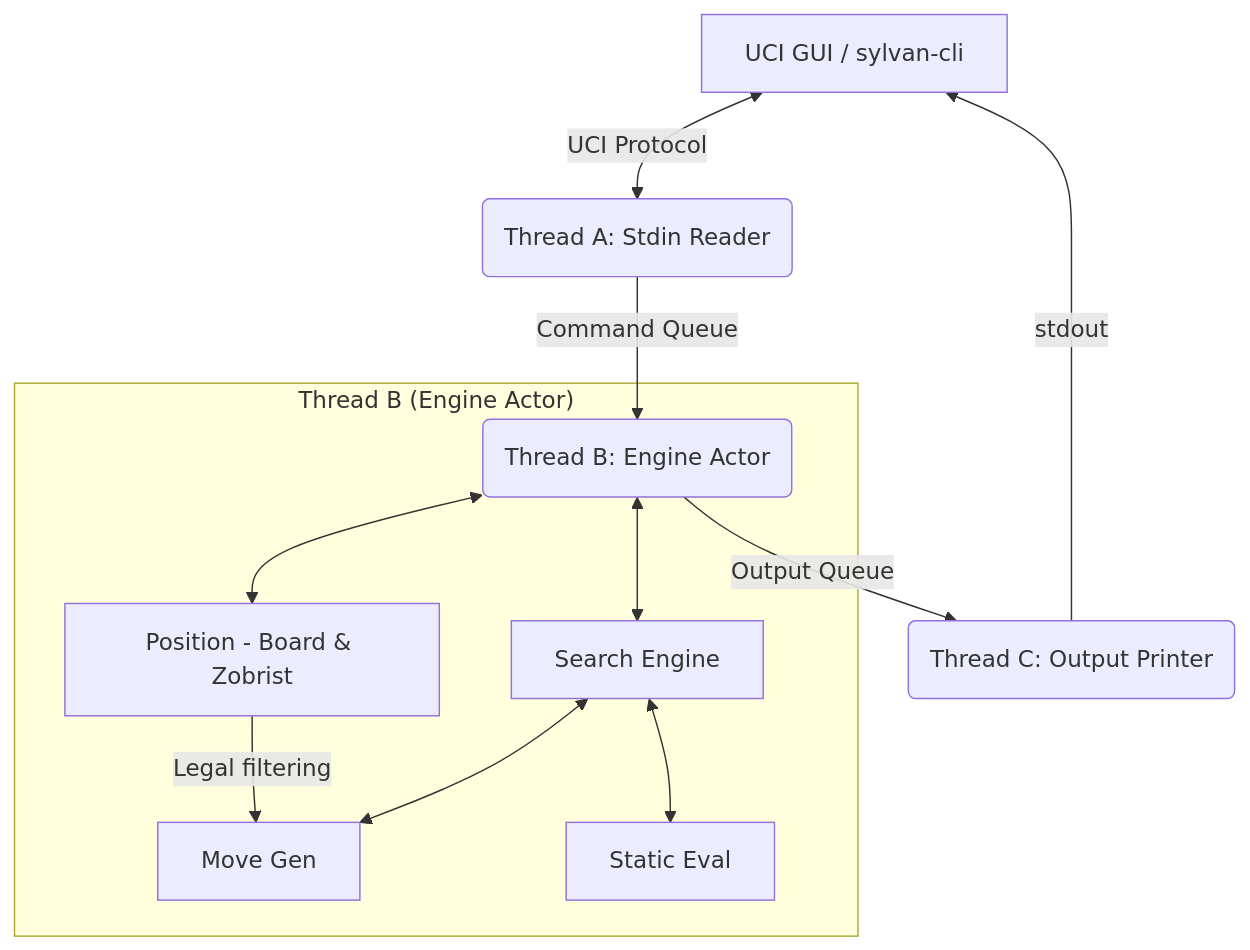
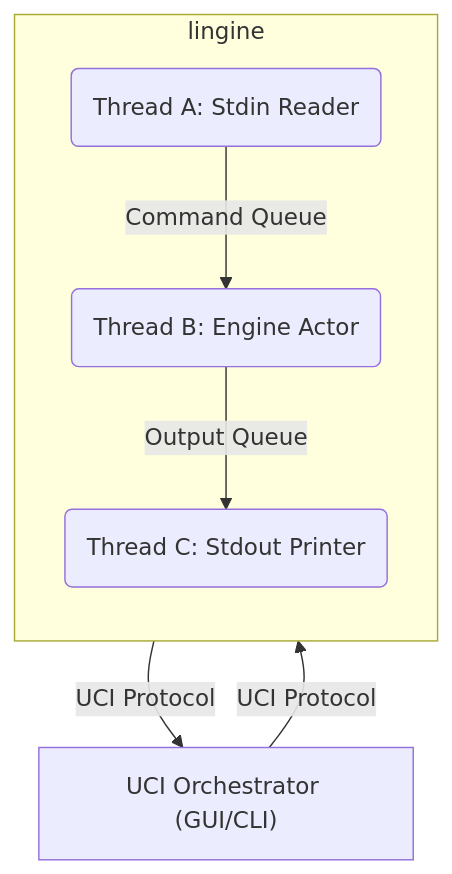
One commit to tuasananh/lingine changed the first of 4 diagrams in README.md. Above: the diagram before and after it, drawn with Mermaid. The commit also changed other lines of this file and 3 other files, not shown here.

````diff
--- a/README.md
+++ b/README.md
@@ -15,15 +17,15 @@
 ```mermaid
-graph TD
-    GUI[UCI GUI / sylvan-cli] <-->|UCI Protocol| TA(Thread A: Stdin Reader)
-    TA -->|Command Queue| TB(Thread B: Engine Actor)
-    TB -->|Output Queue| TC(Thread C: Output Printer)
-    TC -->|stdout| GUI
+flowchart TB
+    subgraph lingine
+        direction TB
+        TA(Thread A: Stdin Reader)
+        TB(Thread B: Engine Actor)
+        TC(Thread C: Stdout Printer)
 
-    subgraph "Thread B (Engine Actor)"
-        TB <--> Pos[Position - Board & Zobrist]
-        Pos -->|Legal filtering| MG[Move Gen]
-        TB <--> Search[Search Engine]
-        Search <--> MG
-        Search <--> Eval[Static Eval]
+        TA -->|Command Queue| TB
+        TB -->|Output Queue| TC
     end
+
+    TC -->|UCI Protocol| GUI["UCI Orchestrator (GUI/CLI)"]
+    GUI -->|UCI Protocol| TA
 ```
````
